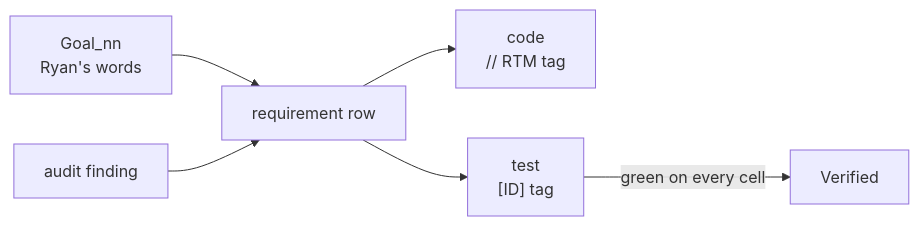
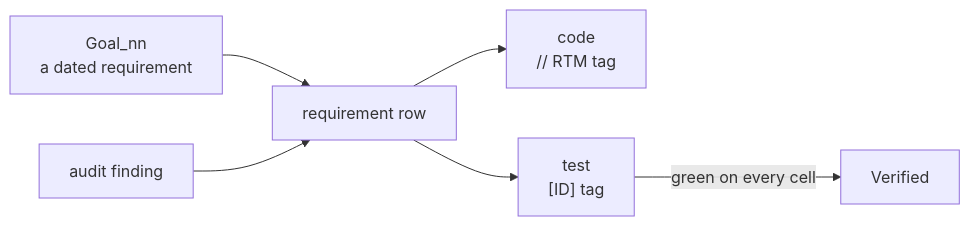
Before and after one commit to Aptix-Bio/Iris-Slide: the diagram in development/RTM.md, drawn with Mermaid. The commit also changed other lines of this file and 9 other files, not shown here.

````diff
--- a/development/RTM.md
+++ b/development/RTM.md
@@ -25,8 +25,8 @@
 ```mermaid
 flowchart LR
-    G["Goal_nn<br/>Ryan's words"] --> R["requirement row"]
+    G["Goal_nn<br/>a dated requirement"] --> R["requirement row"]
     F["audit finding"] --> R
     R --> C["code<br/>// RTM tag"]
     R --> T["test<br/>[ID] tag"]
     T -->|"green on every cell"| V["Verified"]
 ```
````
